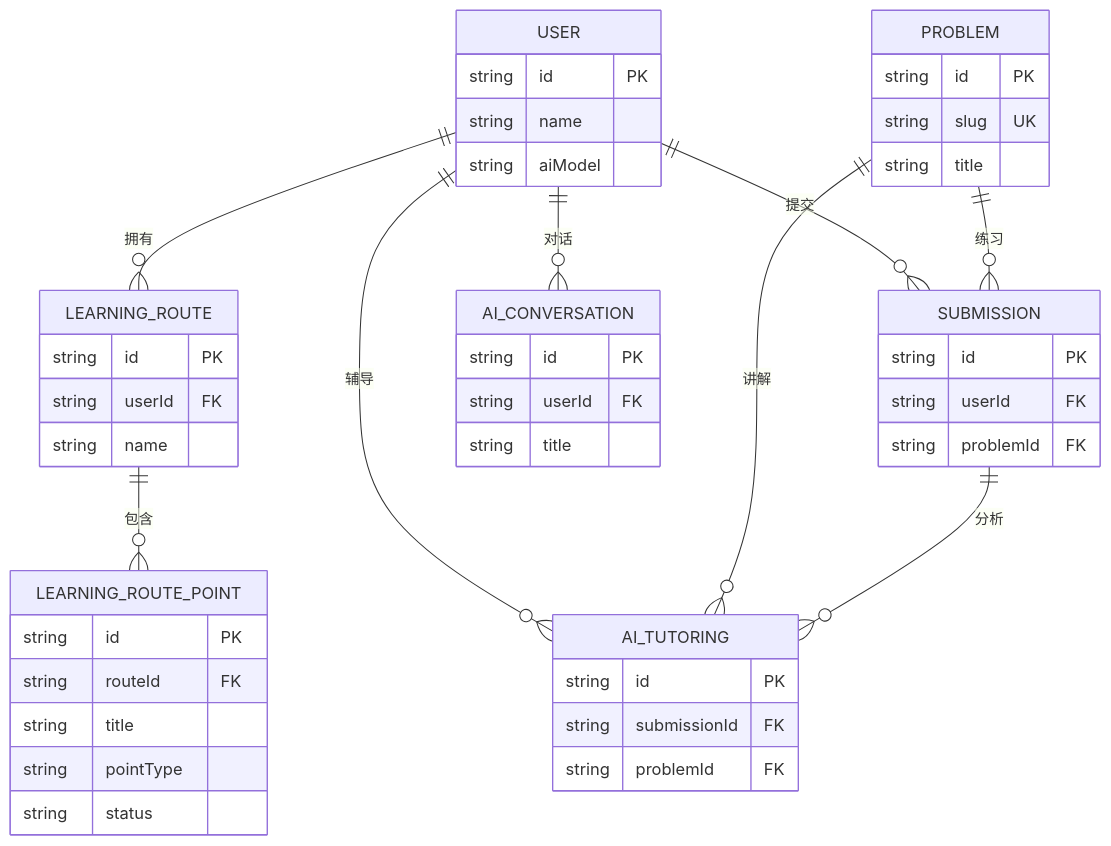
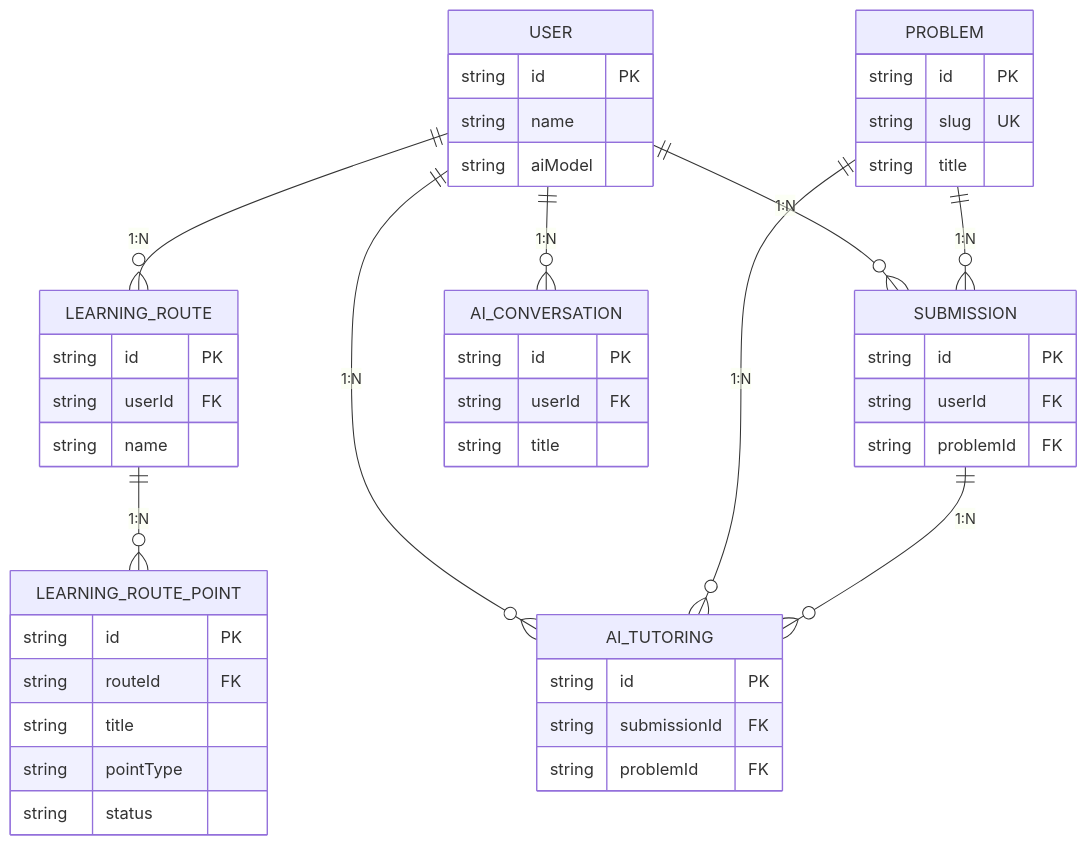
Before and after one commit to mulberyn/aI-coding-learning-platform: the second of 4 diagrams in mermaid.md, drawn with Mermaid. The commit also changed other lines of this file and 3 other files, not shown here.

````diff
--- a/mermaid.md
+++ b/mermaid.md
@@ -66,55 +68,55 @@
 ```mermaid
 erDiagram
 	USER {
 		string id PK
 		string name
 		string aiModel
 	}
 
 	LEARNING_ROUTE {
 		string id PK
 		string userId FK
 		string name
 	}
 
 	LEARNING_ROUTE_POINT {
 		string id PK
 		string routeId FK
 		string title
 		string pointType
 		string status
 	}
 
 	PROBLEM {
 		string id PK
 		string slug UK
 		string title
 	}
 
 	SUBMISSION {
 		string id PK
 		string userId FK
 		string problemId FK
 	}
 
 	AI_CONVERSATION {
 		string id PK
 		string userId FK
 		string title
 	}
 
 	AI_TUTORING {
 		string id PK
 		string submissionId FK
 		string problemId FK
 	}
 
-	USER ||--o{ LEARNING_ROUTE : 拥有
-	LEARNING_ROUTE ||--o{ LEARNING_ROUTE_POINT : 包含
-	USER ||--o{ SUBMISSION : 提交
-	USER ||--o{ AI_CONVERSATION : 对话
-	USER ||--o{ AI_TUTORING : 辅导
-	PROBLEM ||--o{ SUBMISSION : 练习
-	PROBLEM ||--o{ AI_TUTORING : 讲解
-	SUBMISSION ||--o{ AI_TUTORING : 分析
+	USER ||--o{ LEARNING_ROUTE : "1:N"
+	LEARNING_ROUTE ||--o{ LEARNING_ROUTE_POINT : "1:N"
+	USER ||--o{ SUBMISSION : "1:N"
+	USER ||--o{ AI_CONVERSATION : "1:N"
+	USER ||--o{ AI_TUTORING : "1:N"
+	PROBLEM ||--o{ SUBMISSION : "1:N"
+	PROBLEM ||--o{ AI_TUTORING : "1:N"
+	SUBMISSION ||--o{ AI_TUTORING : "1:N"
 ```
````
